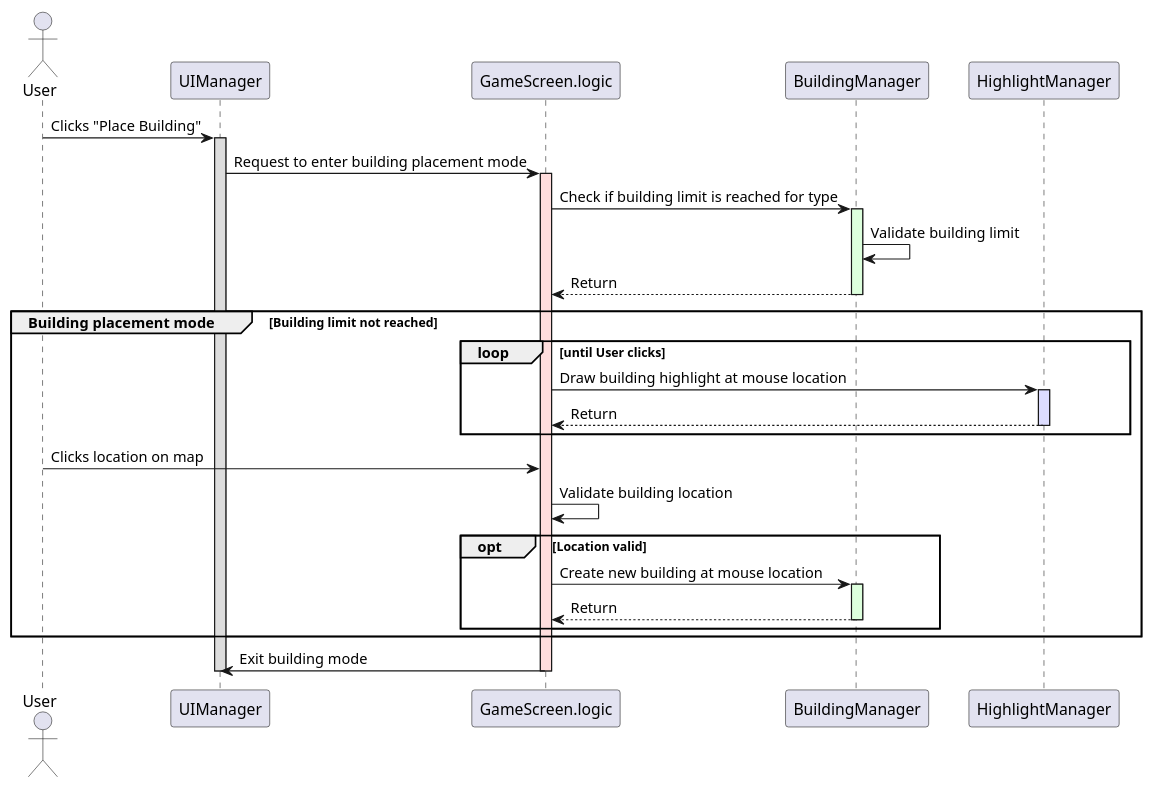
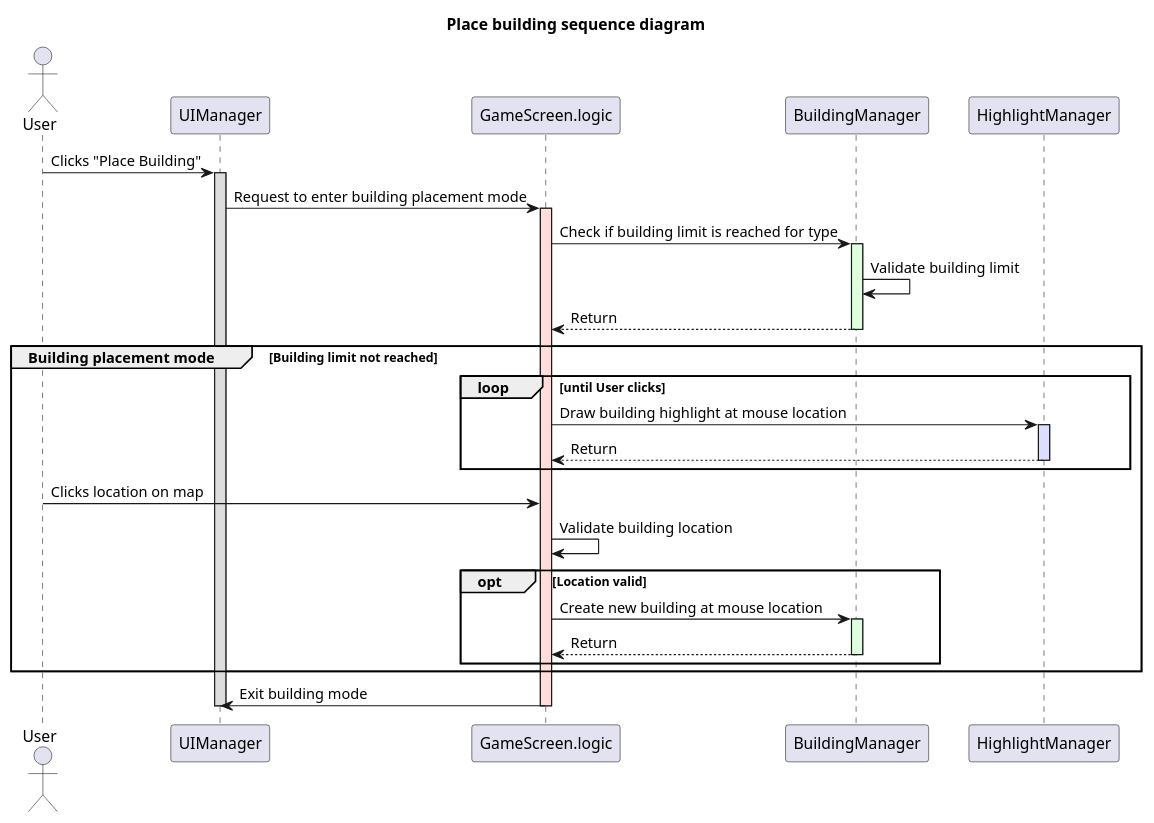
The diagram in Plant UML Diagrams/place_building_sequence_diagram_v2.puml (jobyoung05/ENG1-pixels-of-promise), drawn with PlantUML before and after one commit. The commit also changed 3 other files, not shown here.

Commit message:
Changes to diagrams

```diff
--- a/Plant UML Diagrams/place_building_sequence_diagram_v2.puml
+++ b/Plant UML Diagrams/place_building_sequence_diagram_v2.puml
@@ -1,39 +1,40 @@
 @startuml
+title Place building sequence diagram
 actor User
 participant UIManager
 participant GameScreen.logic
 participant BuildingManager
 participant HighlightManager
 
 User -> UIManager : Clicks "Place Building"
 activate UIManager #DDDDDD
 UIManager -> GameScreen.logic : Request to enter building placement mode
 activate GameScreen.logic #FFDDDD
 GameScreen.logic -> BuildingManager : Check if building limit is reached for type
 activate BuildingManager #DDFFDD
 BuildingManager -> BuildingManager : Validate building limit
 BuildingManager --> GameScreen.logic : Return
 deactivate BuildingManager
 group Building placement mode [Building limit not reached]
   loop until User clicks
     GameScreen.logic -> HighlightManager : Draw building highlight at mouse location
     activate HighlightManager #DDDDFF
     HighlightManager --> GameScreen.logic : Return
     deactivate HighlightManager
   end
   User -> GameScreen.logic : Clicks location on map
   GameScreen.logic -> GameScreen.logic : Validate building location
   opt Location valid
     GameScreen.logic -> BuildingManager : Create new building at mouse location
     activate BuildingManager #DDFFDD
     BuildingManager --> GameScreen.logic : Return
     deactivate BuildingManager
   end
 end
 
 GameScreen.logic -> UIManager : Exit building mode
 deactivate GameScreen.logic
 deactivate UIManager
 
 
 @enduml
```
